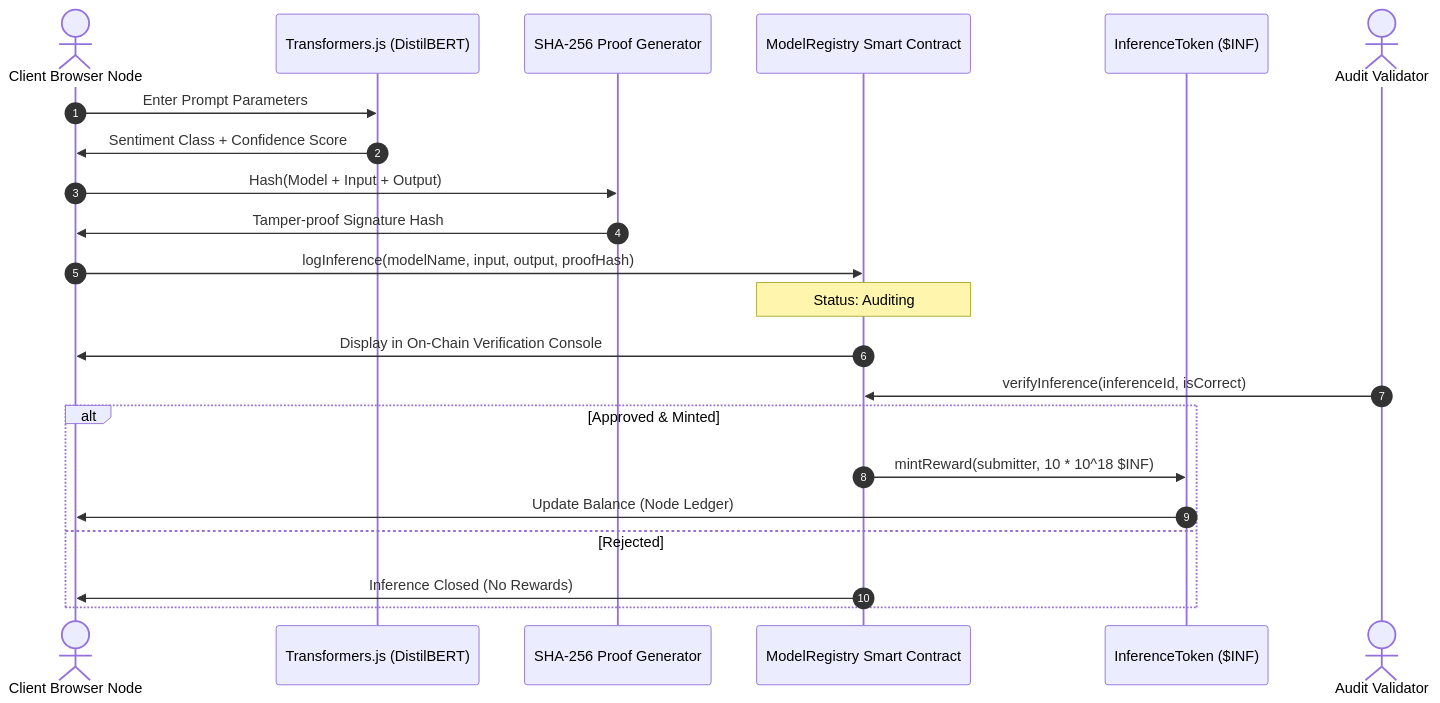
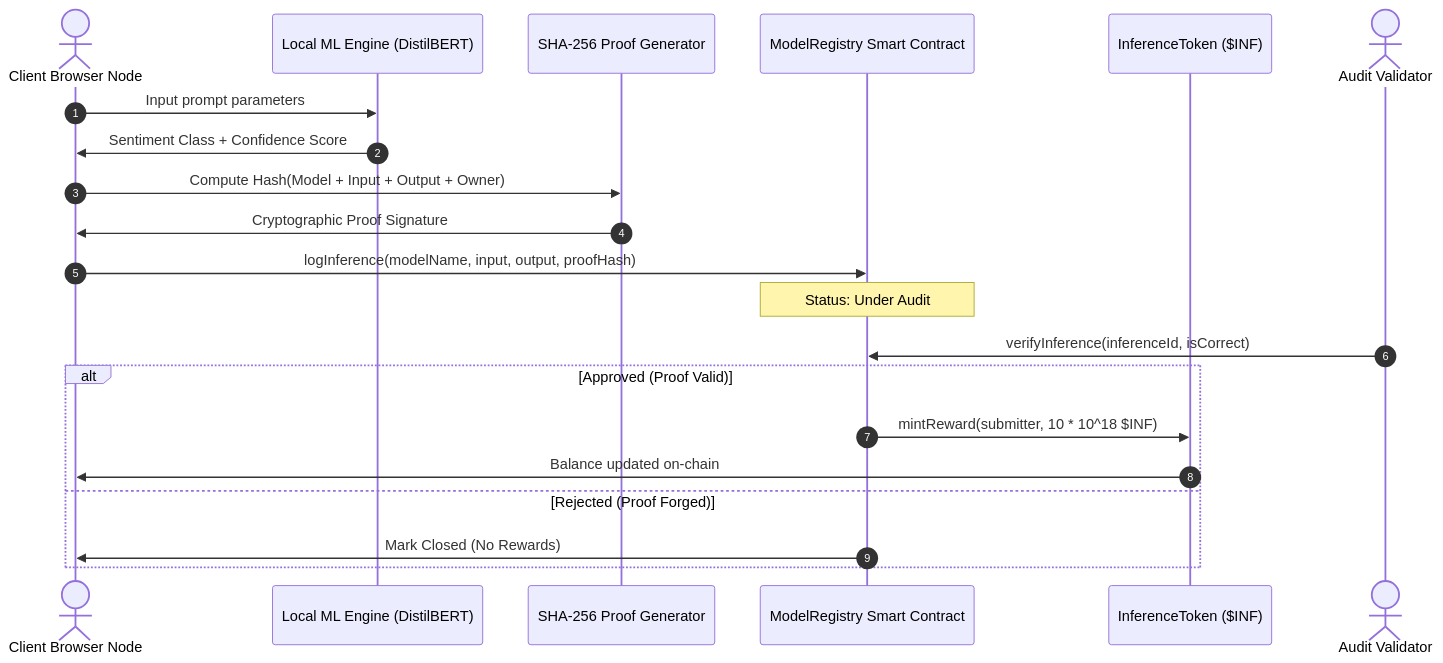
One commit to Suchit-007/povi-playground changed the diagram in README.md. Above: the diagram before and after it, drawn with Mermaid. The commit also changed other lines of this file, not shown here.

````diff
--- a/README.md
+++ b/README.md
@@ -20,25 +17,24 @@
 ```mermaid
 sequenceDiagram
     autonumber
     actor User as Client Browser Node
-    participant ML as Transformers.js (DistilBERT)
+    participant ML as Local ML Engine (DistilBERT)
     participant Crypto as SHA-256 Proof Generator
     participant Contract as ModelRegistry Smart Contract
     participant Ledger as InferenceToken ($INF)
 
-    User->>ML: Enter Prompt Parameters
+    User->>ML: Input prompt parameters
     ML->>User: Sentiment Class + Confidence Score
-    User->>Crypto: Hash(Model + Input + Output)
-    Crypto->>User: Tamper-proof Signature Hash
+    User->>Crypto: Compute Hash(Model + Input + Output + Owner)
+    Crypto->>User: Cryptographic Proof Signature
     User->>Contract: logInference(modelName, input, output, proofHash)
-    Note over Contract: Status: Auditing
-    Contract->>User: Display in On-Chain Verification Console
+    Note over Contract: Status: Under Audit
     actor Validator as Audit Validator
     Validator->>Contract: verifyInference(inferenceId, isCorrect)
-    alt Approved & Minted
+    alt Approved (Proof Valid)
         Contract->>Ledger: mintReward(submitter, 10 * 10^18 $INF)
-        Ledger->>User: Update Balance (Node Ledger)
-    else Rejected
-        Contract->>User: Inference Closed (No Rewards)
+        Ledger->>User: Balance updated on-chain
+    else Rejected (Proof Forged)
+        Contract->>User: Mark Closed (No Rewards)
     end
 ```
````
